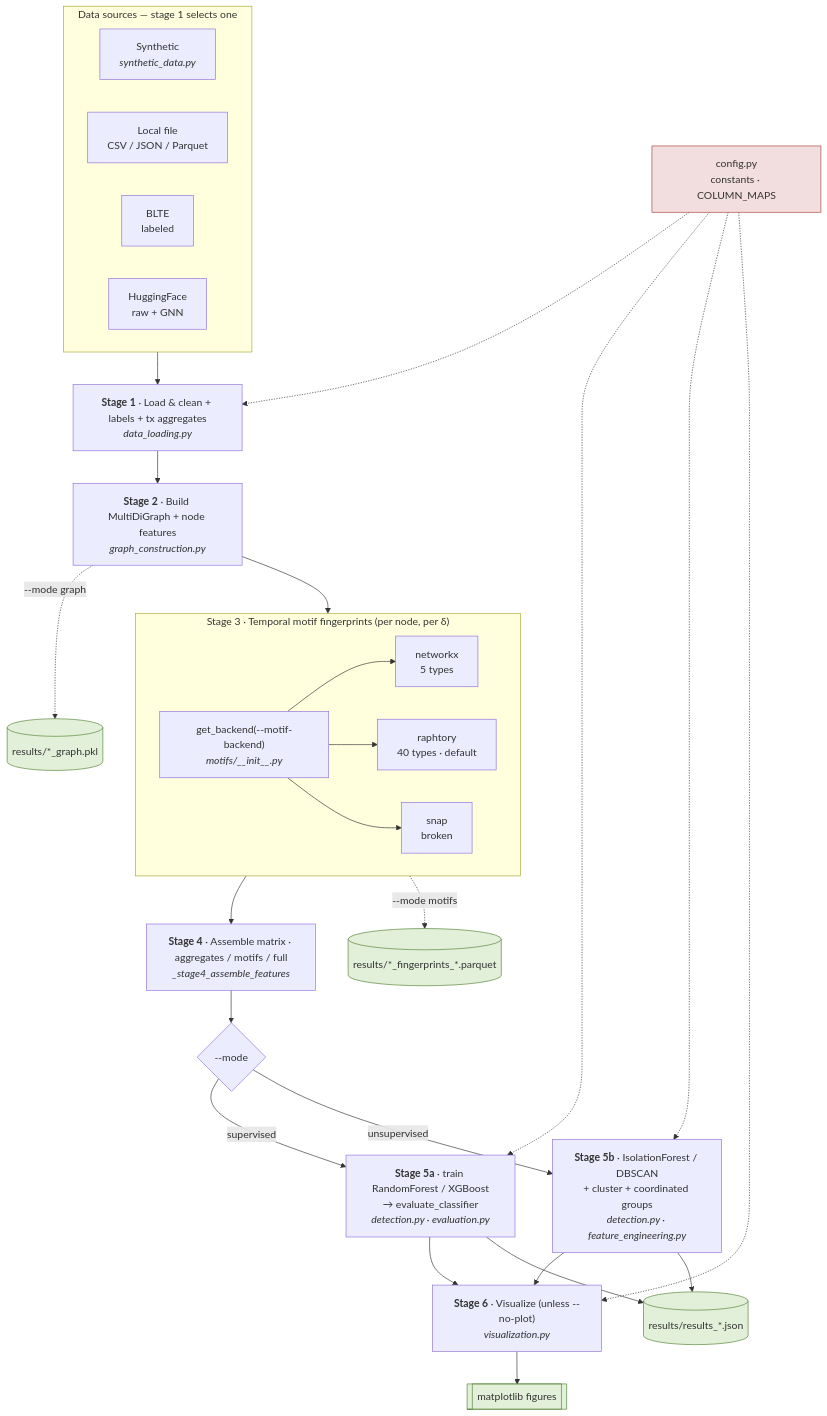
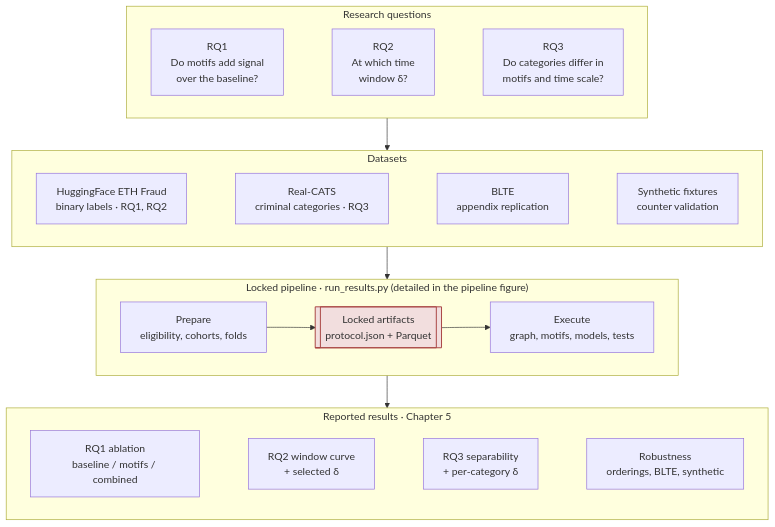
One commit to sbrucknerh/bachelor_thesis changed the diagram in diagrams/00-overview.mmd. Above: the diagram before and after it, drawn with Mermaid. The commit also changed 63 other files, not shown here.

Commit message:
adapted pipeline for rq4, added time estimate

```diff
--- a/diagrams/00-overview.mmd
+++ b/diagrams/00-overview.mmd
@@ -1,47 +1,43 @@
+%% System overview: how the research questions map to datasets, through the
+%% shared locked pipeline, to the reported results.
+%% The pipeline itself is detailed in 01-pipeline.
 flowchart TD
-    subgraph SRC["Data sources — stage 1 selects one"]
+
+    subgraph RQ["Research questions"]
         direction LR
-        SYN["Synthetic<br/><i>synthetic_data.py</i>"]
-        FILE["Local file<br/>CSV / JSON / Parquet"]
-        BLTE["BLTE<br/>labeled"]
-        HF["HuggingFace<br/>raw + GNN"]
+        Q1["RQ1<br/>Do motifs add signal<br/>over the baseline?"]
+        Q2["RQ2<br/>At which time<br/>window &delta;?"]
+        Q3["RQ3<br/>Do categories differ in<br/>motifs and time scale?"]
+        Q1 ~~~ Q2 ~~~ Q3
     end
 
-    CFG["config.py<br/>constants · COLUMN_MAPS"]
-
-    SRC --> S1["<b>Stage 1</b> · Load &amp; clean + labels + tx aggregates<br/><i>data_loading.py</i>"]
-    S1 --> S2["<b>Stage 2</b> · Build MultiDiGraph + node features<br/><i>graph_construction.py</i>"]
-    S2 --> S3
-
-    subgraph S3G["Stage 3 · Temporal motif fingerprints (per node, per δ)"]
+    subgraph DATA["Datasets"]
         direction LR
-        S3["get_backend(--motif-backend)<br/><i>motifs/__init__.py</i>"]
-        S3 --> NX["networkx<br/>5 types"]
-        S3 --> RAPH["raphtory<br/>40 types · default"]
-        S3 --> SNAP["snap<br/>broken"]
+        HF["HuggingFace ETH Fraud<br/>binary labels &middot; RQ1, RQ2"]
+        RC["Real-CATS<br/>criminal categories &middot; RQ3"]
+        BL["BLTE<br/>appendix replication"]
+        SY["Synthetic fixtures<br/>counter validation"]
+        HF ~~~ RC ~~~ BL ~~~ SY
     end
 
-    S3G --> S4["<b>Stage 4</b> · Assemble matrix · aggregates / motifs / full<br/><i>_stage4_assemble_features</i>"]
-    S4 --> MODE{"--mode"}
+    subgraph PIPE["Locked pipeline &middot; run_results.py  (detailed in the pipeline figure)"]
+        direction LR
+        PREP["Prepare<br/>eligibility, cohorts, folds"]
+        LOCK[["Locked artifacts<br/>protocol.json + Parquet"]]
+        EXEC["Execute<br/>graph, motifs, models, tests"]
+        PREP --> LOCK --> EXEC
+    end
 
-    MODE -->|supervised| SUP["<b>Stage 5a</b> · train RandomForest / XGBoost<br/>→ evaluate_classifier<br/><i>detection.py · evaluation.py</i>"]
-    MODE -->|unsupervised| UNS["<b>Stage 5b</b> · IsolationForest / DBSCAN<br/>+ cluster + coordinated groups<br/><i>detection.py · feature_engineering.py</i>"]
+    subgraph RES["Reported results &middot; Chapter 5"]
+        direction LR
+        R1["RQ1 ablation<br/>baseline / motifs / combined"]
+        R2["RQ2 window curve<br/>+ selected &delta;"]
+        R3["RQ3 separability<br/>+ per-category &delta;"]
+        RA["Robustness<br/>orderings, BLTE, synthetic"]
+        R1 ~~~ R2 ~~~ R3 ~~~ RA
+    end
 
-    SUP --> S6["<b>Stage 6</b> · Visualize (unless --no-plot)<br/><i>visualization.py</i>"]
-    UNS --> S6
+    RQ --> DATA --> PIPE --> RES
 
-    S2 -.->|"--mode graph"| OG[("results/*_graph.pkl")]
-    S3G -.->|"--mode motifs"| OFP[("results/*_fingerprints_*.parquet")]
-    SUP --> OJ[("results/results_*.json")]
-    UNS --> OJ
-    S6 --> OFIG[["matplotlib figures"]]
-
-    CFG -.-> S1
-    CFG -.-> SUP
-    CFG -.-> UNS
-    CFG -.-> S6
-
-    classDef out fill:#e2f0d9,stroke:#548235;
-    classDef cfg fill:#f2dede,stroke:#a94442;
-    class OG,OFP,OJ,OFIG out;
-    class CFG cfg;
+    classDef lock fill:#f2dede,stroke:#a94442,stroke-width:1.5px;
+    class LOCK lock;
```
